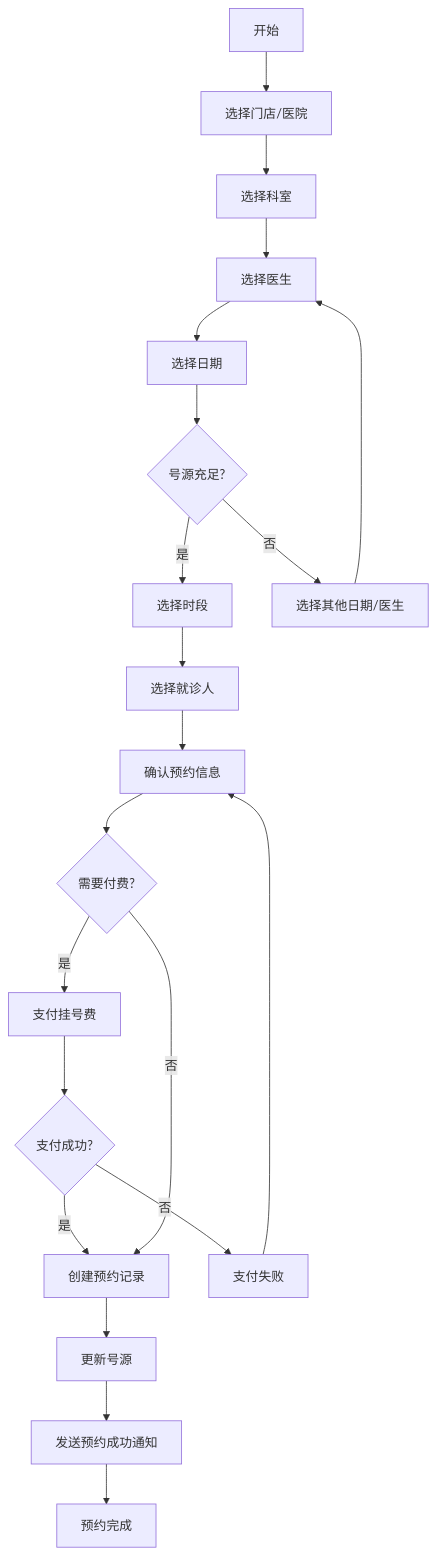
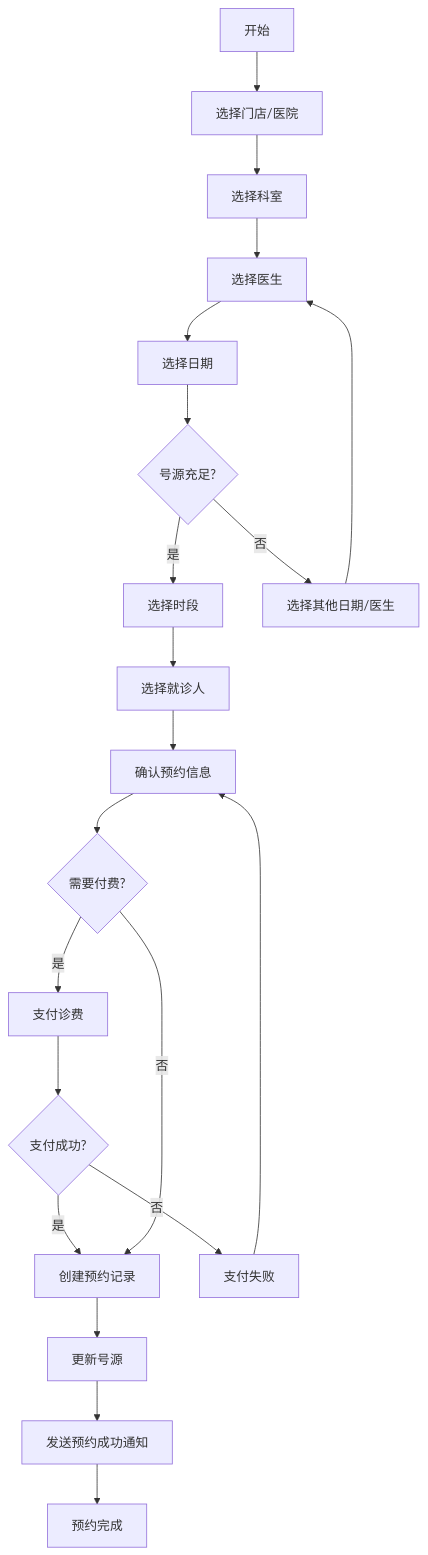
One commit to leitongda/appointment-booking-system changed the first of 3 diagrams in docs/flowcharts.md. Above: the diagram before and after it, drawn with Mermaid. The commit also changed other lines of this file and 7 other files, not shown here.

````diff
--- a/docs/flowcharts.md
+++ b/docs/flowcharts.md
@@ -654,23 +654,23 @@
 ```mermaid
 flowchart TD
     A[开始] --> B[选择门店/医院]
     B --> C[选择科室]
     C --> D[选择医生]
     D --> E[选择日期]
     E --> F{号源充足?}
     F -->|是| G[选择时段]
     F -->|否| H[选择其他日期/医生]
     H --> D
     G --> I[选择就诊人]
     I --> J[确认预约信息]
     J --> K{需要付费?}
-    K -->|是| L[支付挂号费]
+    K -->|是| L[支付诊费]
     L --> M{支付成功?}
     M -->|是| N[创建预约记录]
     M -->|否| O[支付失败]
     O --> J
     K -->|否| N
     N --> P[更新号源]
     P --> Q[发送预约成功通知]
     Q --> R[预约完成]
 ```
````
